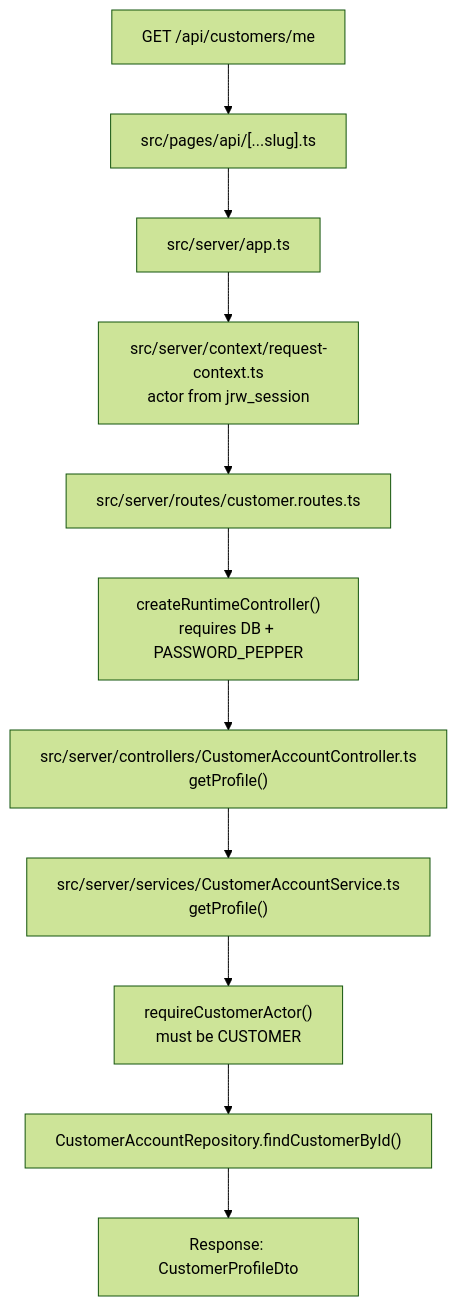
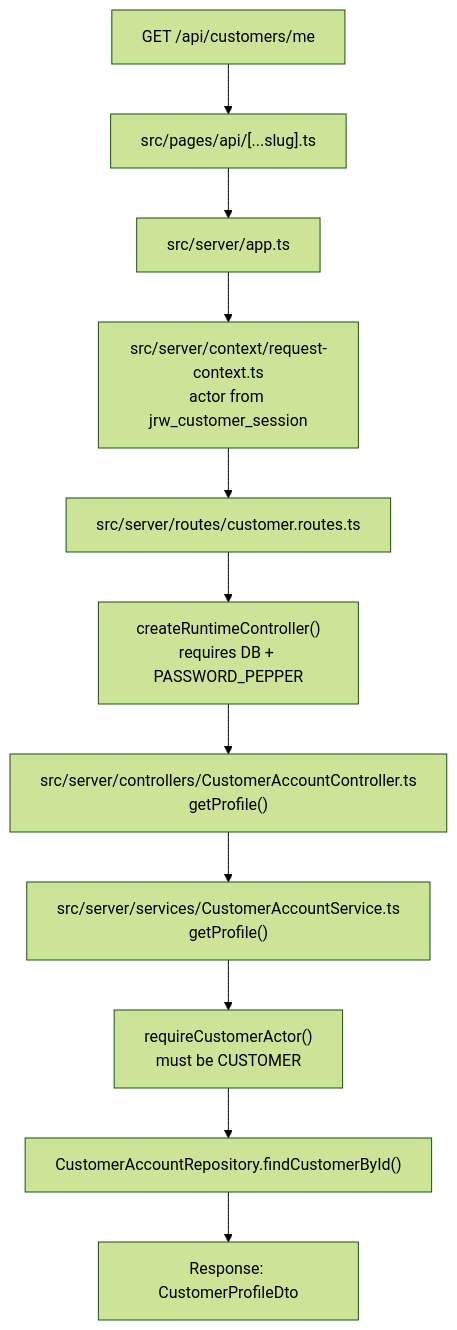
The tenth of 21 diagrams in docs/api-file-flow.md (JeroTan/jrw-webapp), drawn with Mermaid (forest theme) before and after one commit. The commit also changed other lines of this file and 37 other files, not shown here.

````diff
--- a/docs/api-file-flow.md
+++ b/docs/api-file-flow.md
@@ -175,13 +196,13 @@
 ```mermaid
 flowchart TD
   A["GET /api/customers/me"] --> B["src/pages/api/[...slug].ts"]
   B --> C["src/server/app.ts"]
-  C --> D["src/server/context/request-context.ts<br/>actor from jrw_session"]
+  C --> D["src/server/context/request-context.ts<br/>actor from jrw_customer_session"]
   D --> E["src/server/routes/customer.routes.ts"]
   E --> F["createRuntimeController()<br/>requires DB + PASSWORD_PEPPER"]
   F --> G["src/server/controllers/CustomerAccountController.ts<br/>getProfile()"]
   G --> H["src/server/services/CustomerAccountService.ts<br/>getProfile()"]
   H --> I["requireCustomerActor()<br/>must be CUSTOMER"]
   I --> J["CustomerAccountRepository.findCustomerById()"]
   J --> K["Response: CustomerProfileDto"]
 ```
````
